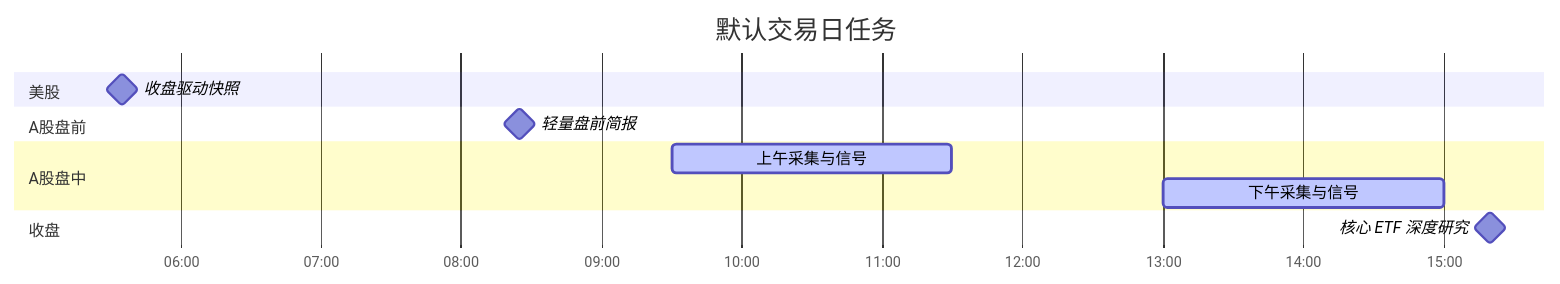
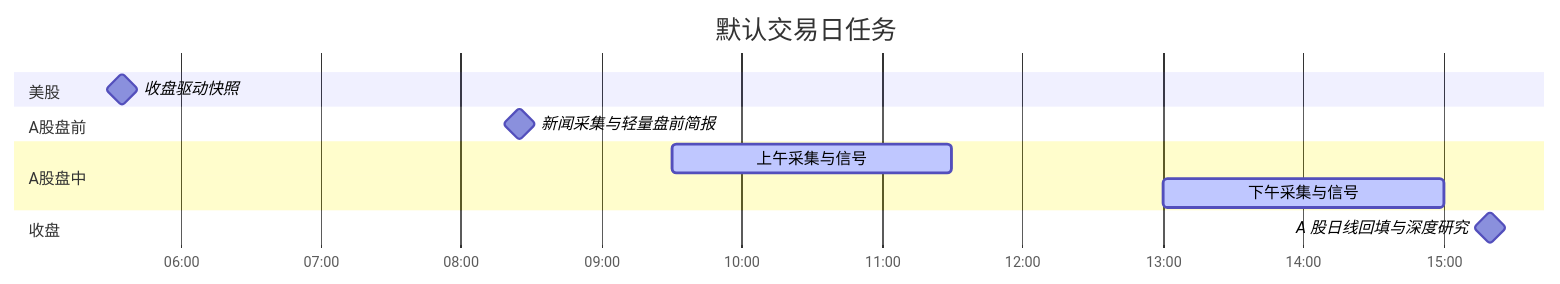
Before and after one commit to gaaiyun/TradingWorkbench: the third of 5 diagrams in README.md, drawn with Mermaid. The commit also changed other lines of this file and 19 other files, not shown here.

````diff
--- a/README.md
+++ b/README.md
@@ -107,15 +112,15 @@
 ```mermaid
 gantt
     title 默认交易日任务
     dateFormat HH:mm
     axisFormat %H:%M
     section 美股
     收盘驱动快照 :milestone, us, 05:35, 0m
     section A股盘前
-    轻量盘前简报 :milestone, pre, 08:25, 0m
+    新闻采集与轻量盘前简报 :milestone, pre, 08:25, 0m
     section A股盘中
     上午采集与信号 :active, am, 09:30, 120m
     下午采集与信号 :active, pm, 13:00, 120m
     section 收盘
-    核心 ETF 深度研究 :milestone, close, 15:20, 0m
+    A 股日线回填与深度研究 :milestone, close, 15:20, 0m
 ```
````
